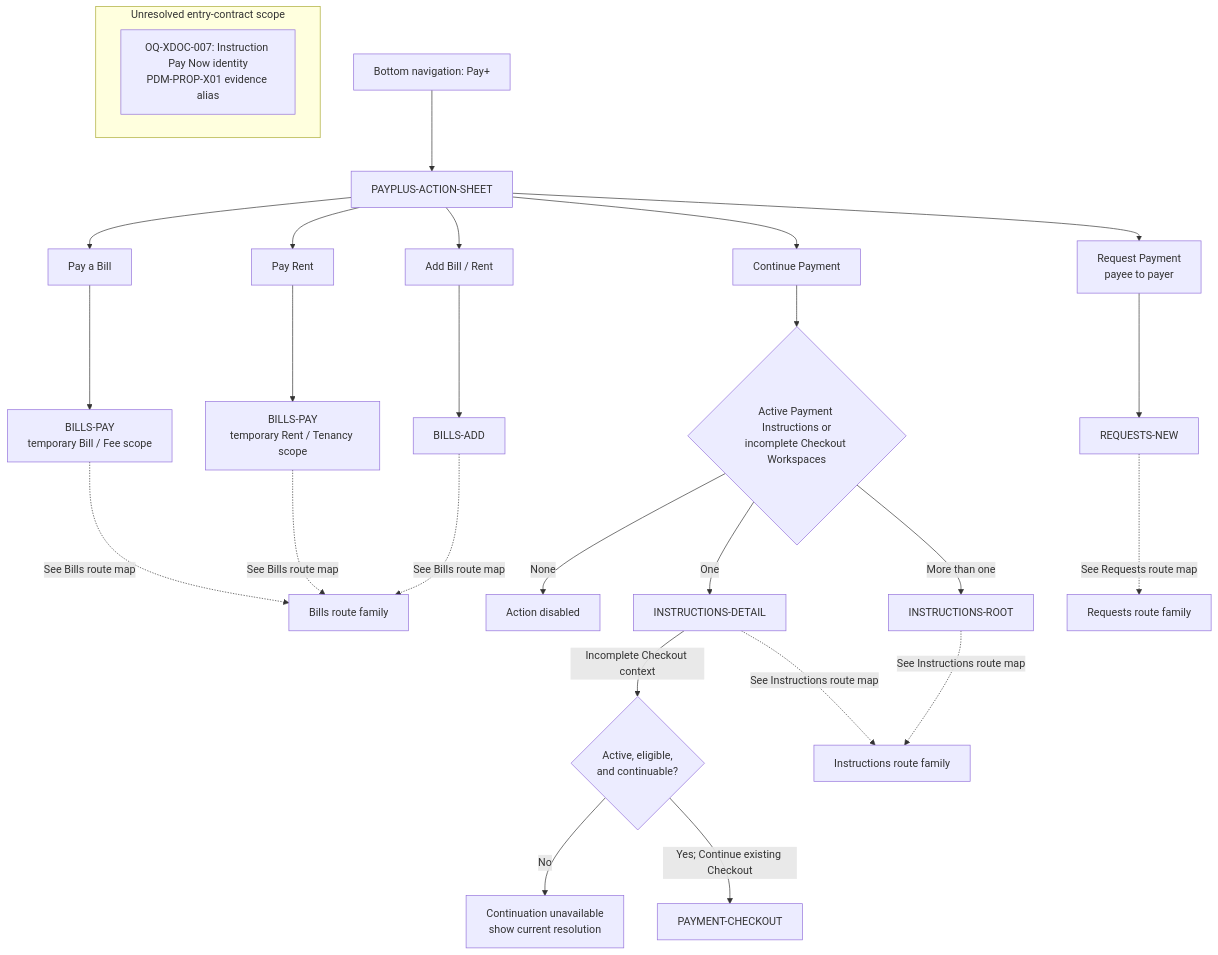
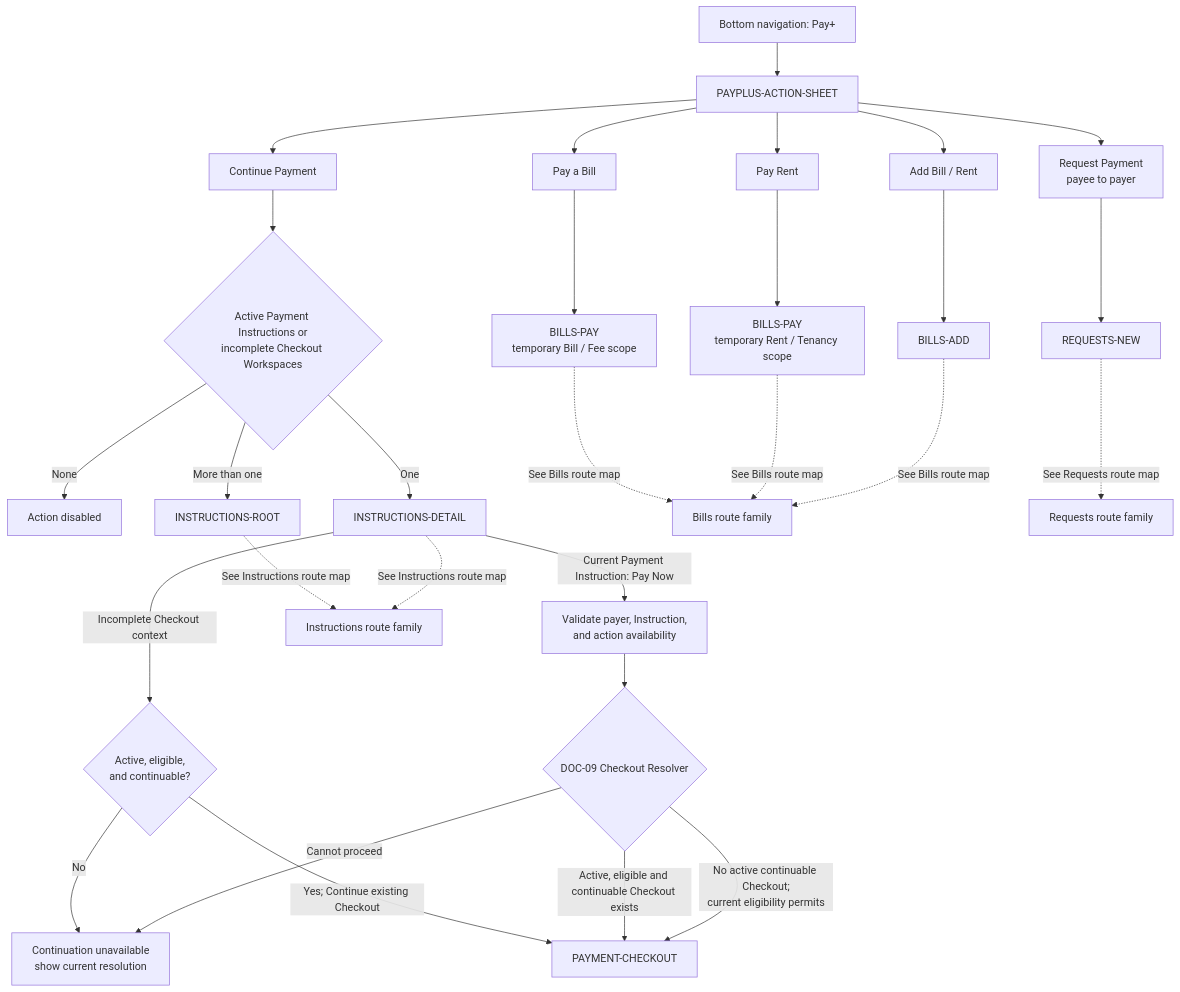
The diagram in docs/diagrams/routes/payplus-action-sheet-route-map.md (adminpayplus/payplus-docs), drawn with Mermaid before and after one commit. The commit also changed other lines of this file and 9 other files, not shown here.

Commit message:
docs: define instruction checkout entry contracts

````diff
--- a/docs/diagrams/routes/payplus-action-sheet-route-map.md
+++ b/docs/diagrams/routes/payplus-action-sheet-route-map.md
@@ -9,35 +9,38 @@
 ```mermaid
 flowchart TD
   PLUS["Bottom navigation: Pay+"] --> SHEET["PAYPLUS-ACTION-SHEET"]
 
   SHEET --> BILL["Pay a Bill"]
   SHEET --> RENT["Pay Rent"]
   SHEET --> ADD["Add Bill / Rent"]
   SHEET --> CONTINUE["Continue Payment"]
   SHEET --> REQUEST["Request Payment<br/>payee to payer"]
 
   BILL --> BILLPAY["BILLS-PAY<br/>temporary Bill / Fee scope"]
   RENT --> RENTPAY["BILLS-PAY<br/>temporary Rent / Tenancy scope"]
   ADD --> BILLSADD["BILLS-ADD"]
   REQUEST --> REQUESTNEW["REQUESTS-NEW"]
 
   CONTINUE --> COUNT{"Active Payment Instructions or<br/>incomplete Checkout Workspaces"}
   COUNT -->|"None"| DISABLED["Action disabled"]
   COUNT -->|"One"| DETAIL["INSTRUCTIONS-DETAIL"]
   COUNT -->|"More than one"| ROOT["INSTRUCTIONS-ROOT"]
 
   DETAIL -->|"Incomplete Checkout context"| ALLOWED{"Active, eligible,<br/>and continuable?"}
   ALLOWED -->|"No"| VISIBLE["Continuation unavailable<br/>show current resolution"]
   ALLOWED -->|"Yes; Continue existing Checkout"| CHECKOUT["PAYMENT-CHECKOUT"]
 
+  DETAIL -->|"Current Payment Instruction: Pay Now"| IPVALID["Validate payer, Instruction,<br/>and action availability"]
+  IPVALID --> RESOLVER{"DOC-09 Checkout Resolver"}
+  RESOLVER -->|"Active, eligible and continuable Checkout exists"| CHECKOUT
+  RESOLVER -->|"No active continuable Checkout;<br/>current eligibility permits"| CHECKOUT
+  RESOLVER -->|"Cannot proceed"| VISIBLE
+
   BILLPAY -. "See Bills route map" .-> BILLSFAMILY["Bills route family"]
   RENTPAY -. "See Bills route map" .-> BILLSFAMILY
   BILLSADD -. "See Bills route map" .-> BILLSFAMILY
   REQUESTNEW -. "See Requests route map" .-> REQUESTFAMILY["Requests route family"]
   ROOT -. "See Instructions route map" .-> INSTRUCTIONFAMILY["Instructions route family"]
   DETAIL -. "See Instructions route map" .-> INSTRUCTIONFAMILY
 
-  subgraph UNRESOLVED["Unresolved entry-contract scope"]
-    X01["OQ-XDOC-007: Instruction Pay Now identity<br/>PDM-PROP-X01 evidence alias"]
-  end
 ```
````
